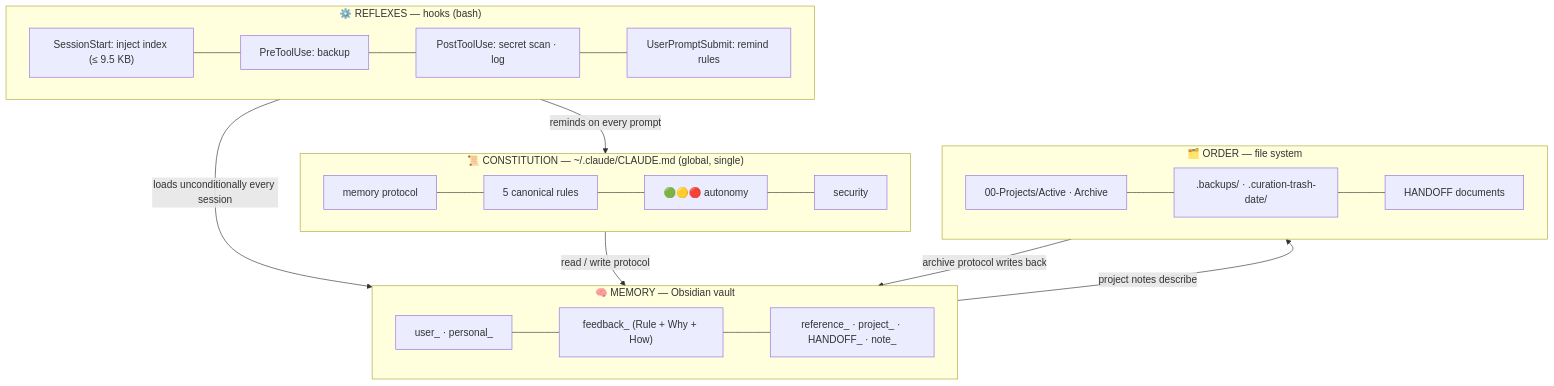
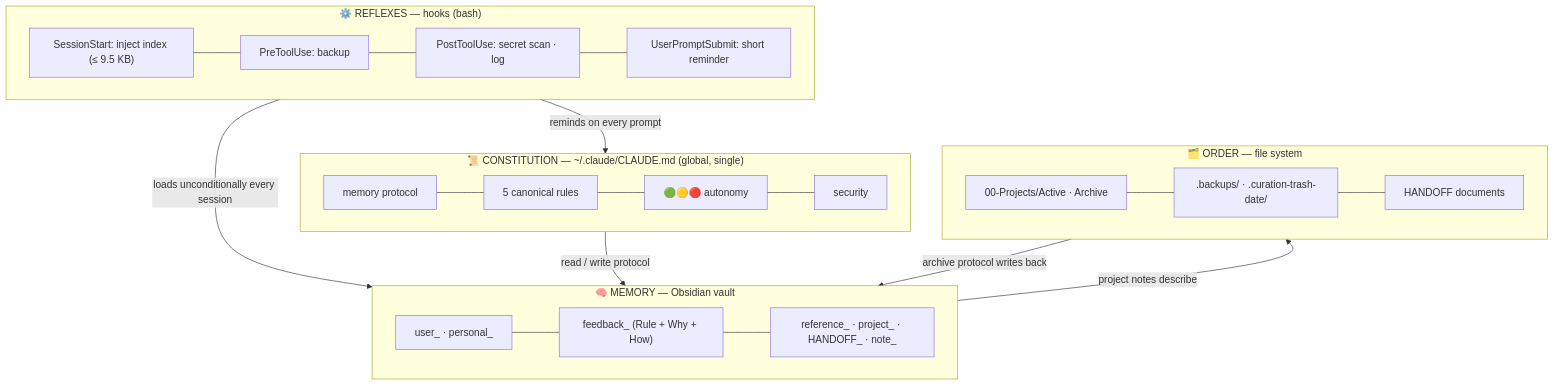
One commit to Ilyas-jpg/saltay-kokpit changed the diagram in README.en.md. Above: the diagram before and after it, drawn with Mermaid. The commit also changed other lines of this file and 40 other files, not shown here.

````diff
--- a/README.en.md
+++ b/README.en.md
@@ -80,24 +87,24 @@
 ```mermaid
 flowchart TB
     subgraph M["🧠 MEMORY — Obsidian vault"]
         direction LR
         m1["user_ · personal_"] --- m2["feedback_ (Rule + Why + How)"] --- m3["reference_ · project_ · HANDOFF_ · note_"]
     end
     subgraph A["📜 CONSTITUTION — ~/.claude/CLAUDE.md (global, single)"]
         direction LR
         a1["memory protocol"] --- a2["5 canonical rules"] --- a3["🟢🟡🔴 autonomy"] --- a4["security"]
     end
     subgraph H["⚙️ REFLEXES — hooks (bash)"]
         direction LR
-        h1["SessionStart: inject index (≤ 9.5 KB)"] --- h2["PreToolUse: backup"] --- h3["PostToolUse: secret scan · log"] --- h4["UserPromptSubmit: remind rules"]
+        h1["SessionStart: inject index (≤ 9.5 KB)"] --- h2["PreToolUse: backup"] --- h3["PostToolUse: secret scan · log"] --- h4["UserPromptSubmit: short reminder"]
     end
     subgraph F["🗂️ ORDER — file system"]
         direction LR
         f1["00-Projects/Active · Archive"] --- f2[".backups/ · .curation-trash-date/"] --- f3["HANDOFF documents"]
     end
     H -->|"loads unconditionally every session"| M
     A -->|"read / write protocol"| M
     H -->|"reminds on every prompt"| A
     M -->|"project notes describe"| F
     F -->|"archive protocol writes back"| M
 ```
````
